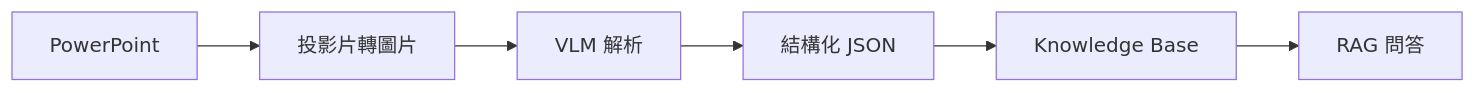
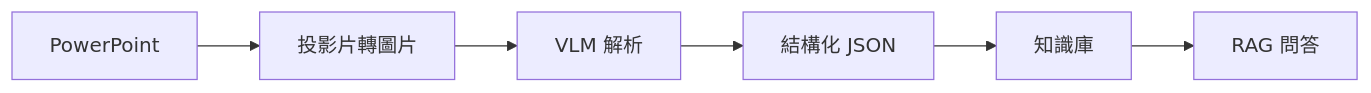
Before and after one commit to bruce-lcz/bruce-lcz.github.io: the first of 3 diagrams in src/content/articles/zh/cooking.md, drawn with Mermaid. The commit also changed other lines of this file and 61 other files, not shown here.

````diff
--- a/src/content/articles/zh/cooking.md
+++ b/src/content/articles/zh/cooking.md
@@ -125,8 +125,8 @@
 ```mermaid
 flowchart LR
     A[PowerPoint] --> B[投影片轉圖片]
     B --> C[VLM 解析]
     C --> D[結構化 JSON]
-    D --> E[Knowledge Base]
+    D --> E[知識庫]
     E --> F[RAG 問答]
 ```
````
